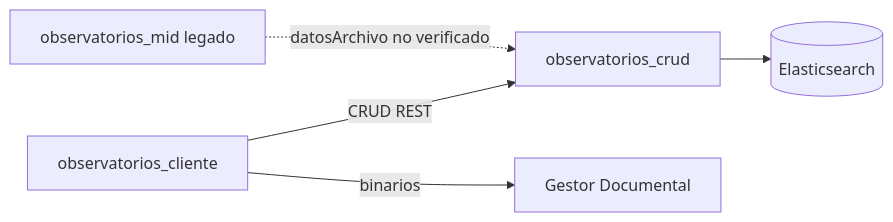
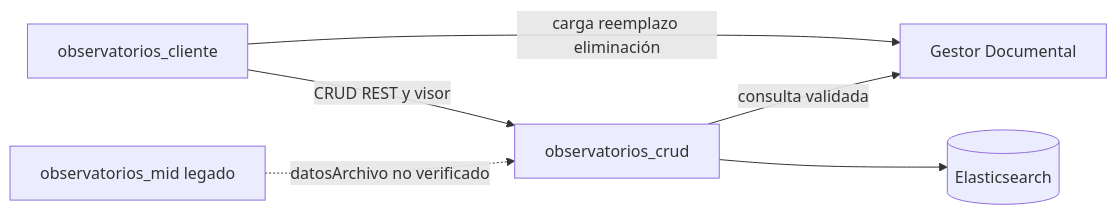
Before and after one commit to udistrital/observatorios_crud: the diagram in docs/arquitectura_e_integraciones.md, drawn with Mermaid. The commit also changed other lines of this file and 35 other files, not shown here.

Commit message:
feat: Se capa el error permitia traer todos los documentos de nuxeo en Atlas  Refs: udistrital/observatorios_crud#116

````diff
--- a/docs/arquitectura_e_integraciones.md
+++ b/docs/arquitectura_e_integraciones.md
@@ -12,7 +12,8 @@
 ```mermaid
 flowchart LR
-  C[observatorios_cliente] -->|CRUD REST| CRUD[observatorios_crud]
-  C -->|binarios| GD[Gestor Documental]
+  C[observatorios_cliente] -->|CRUD REST y visor| CRUD[observatorios_crud]
+  C -->|carga reemplazo eliminación| GD[Gestor Documental]
+  CRUD -->|consulta validada| GD
   MID[observatorios_mid legado] -.->|datosArchivo no verificado| CRUD
   CRUD --> ES[(Elasticsearch)]
 ```
````
